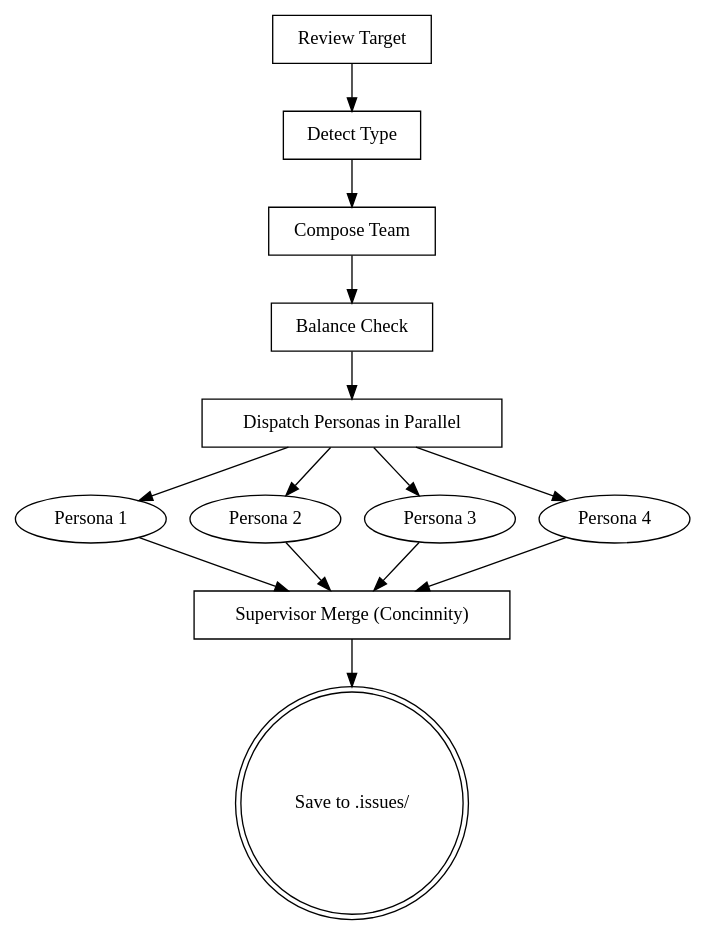
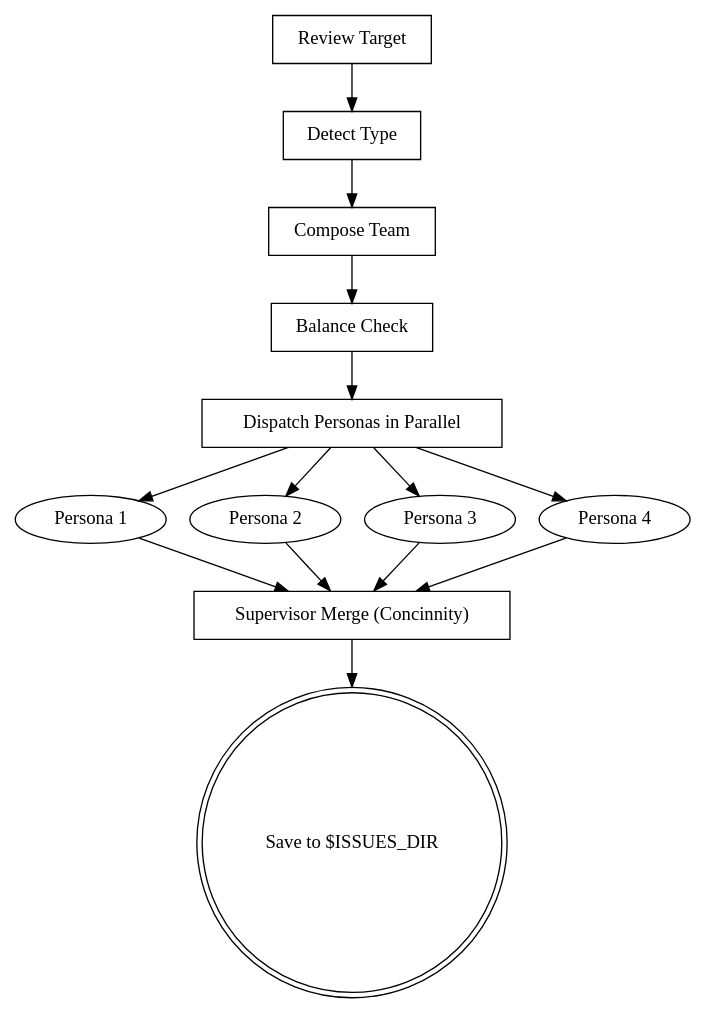
Before and after one commit to ZekeAranyLucas/concinnity: the diagram in plugins/zodiac-team/skills/fast-review/SKILL.md, drawn with Graphviz. The commit also changed other lines of this file and 11 other files, not shown here.

````diff
--- a/plugins/zodiac-team/skills/fast-review/SKILL.md
+++ b/plugins/zodiac-team/skills/fast-review/SKILL.md
@@ -388,31 +425,31 @@
 ```dot
 digraph zodiac_review {
     "Review Target" [shape=box];
     "Detect Type" [shape=box];
     "Compose Team" [shape=box];
     "Balance Check" [shape=box];
     "Dispatch Personas in Parallel" [shape=box];
 
     {rank=same; "Persona 1"; "Persona 2"; "Persona 3"; "Persona 4"};
 
     "Supervisor Merge (Concinnity)" [shape=box];
-    "Save to .issues/" [shape=doublecircle];
+    "Save to $ISSUES_DIR" [shape=doublecircle];
 
     "Review Target" -> "Detect Type";
     "Detect Type" -> "Compose Team";
     "Compose Team" -> "Balance Check";
     "Balance Check" -> "Dispatch Personas in Parallel";
 
     "Dispatch Personas in Parallel" -> "Persona 1";
     "Dispatch Personas in Parallel" -> "Persona 2";
     "Dispatch Personas in Parallel" -> "Persona 3";
     "Dispatch Personas in Parallel" -> "Persona 4";
 
     "Persona 1" -> "Supervisor Merge (Concinnity)";
     "Persona 2" -> "Supervisor Merge (Concinnity)";
     "Persona 3" -> "Supervisor Merge (Concinnity)";
     "Persona 4" -> "Supervisor Merge (Concinnity)";
 
-    "Supervisor Merge (Concinnity)" -> "Save to .issues/";
+    "Supervisor Merge (Concinnity)" -> "Save to $ISSUES_DIR";
 }
 ```
````
